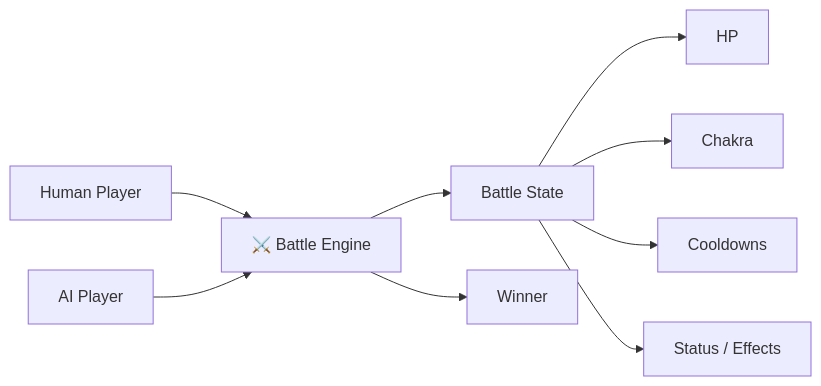
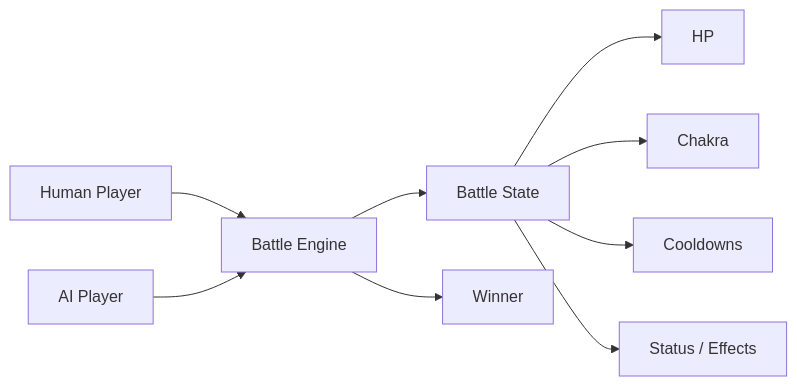
The first of 16 diagrams in Overview.md (sriharsha-47/Naruto-Battle-Simulator), drawn with Mermaid before and after one commit.

Commit message:
Update project overview and requirements

````diff
--- a/Overview.md
+++ b/Overview.md
@@ -11,13 +11,13 @@
 ```mermaid
 flowchart LR
-    A[" Human Player"] --> B["⚔️ Battle Engine"]
+    A[" Human Player"] --> B[" Battle Engine"]
     C[" AI Player"] --> B
 
     B --> D[" Battle State"]
     D --> E[" HP"]
     D --> F[" Chakra"]
     D --> G[" Cooldowns"]
     D --> H[" Status / Effects"]
 
     B --> I[" Winner"]
 ```
````
